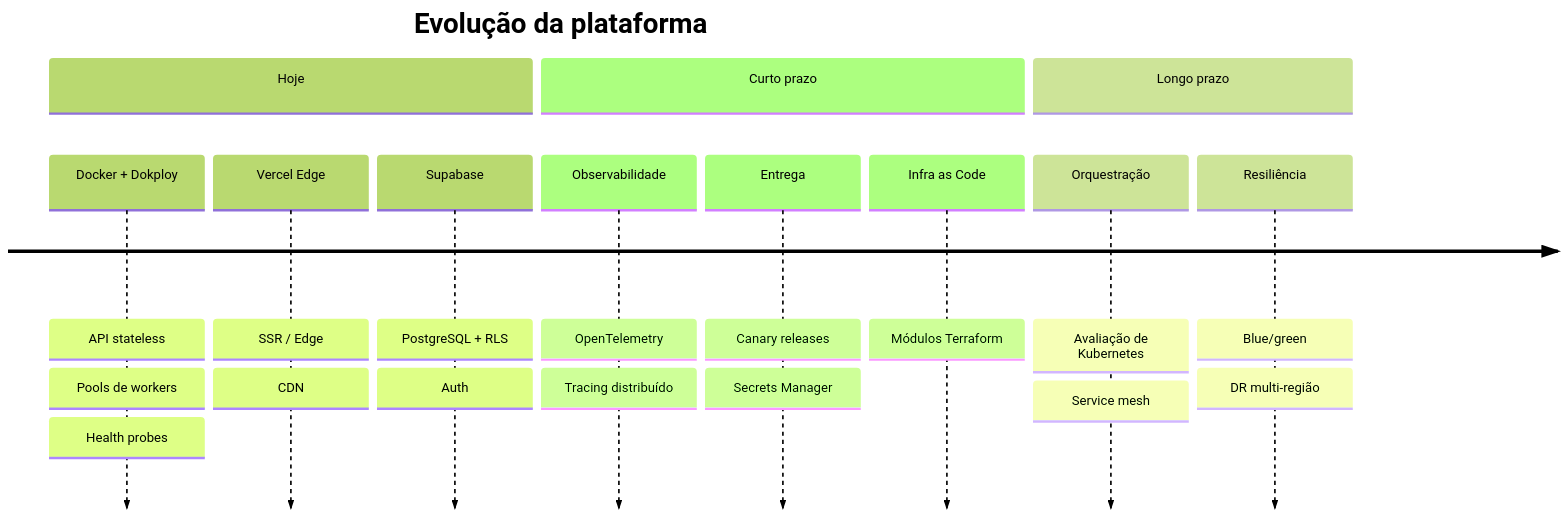
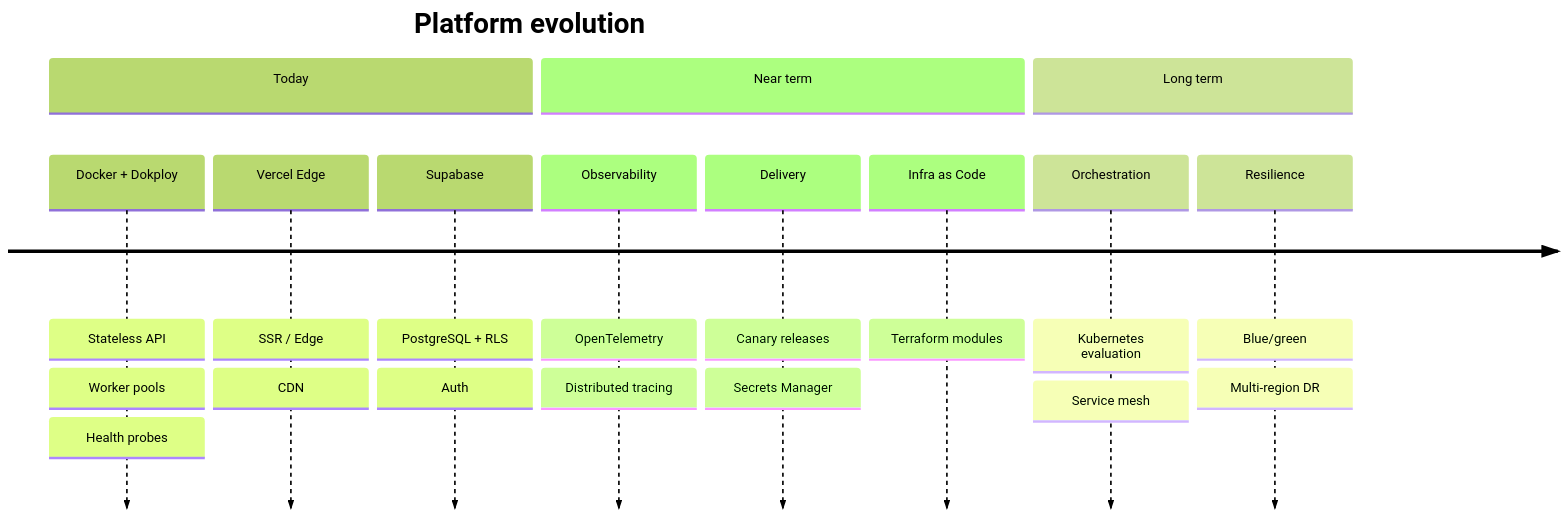
One commit to alissonf216/licitech-architecture-showcase changed the first of 2 diagrams in ROADMAP.md. Above: the diagram before and after it, drawn with Mermaid (forest theme). The commit also changed other lines of this file and 36 other files, not shown here.

First line of the commit message:
Add Licitech architecture portfolio (EN + PT-BR)

````diff
--- a/ROADMAP.md
+++ b/ROADMAP.md
@@ -20,23 +22,23 @@
 ```mermaid
 timeline
-    title Evolução da plataforma
-    section Hoje
-        Docker + Dokploy : API stateless
-                        : Pools de workers
+    title Platform evolution
+    section Today
+        Docker + Dokploy : Stateless API
+                        : Worker pools
                         : Health probes
         Vercel Edge     : SSR / Edge
                         : CDN
         Supabase        : PostgreSQL + RLS
                         : Auth
-    section Curto prazo
-        Observabilidade : OpenTelemetry
-                        : Tracing distribuído
-        Entrega         : Canary releases
+    section Near term
+        Observability : OpenTelemetry
+                        : Distributed tracing
+        Delivery         : Canary releases
                         : Secrets Manager
-        Infra as Code   : Módulos Terraform
-    section Longo prazo
-        Orquestração    : Avaliação de Kubernetes
+        Infra as Code   : Terraform modules
+    section Long term
+        Orchestration    : Kubernetes evaluation
                         : Service mesh
-        Resiliência     : Blue/green
-                        : DR multi-região
+        Resilience     : Blue/green
+                        : Multi-region DR
 ```
````
